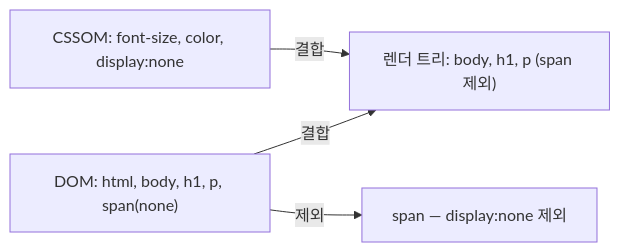
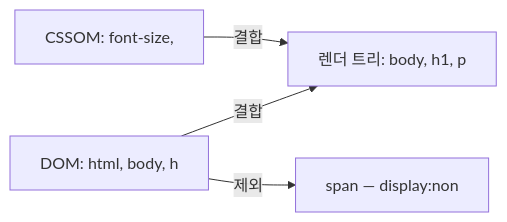
The sixth of 10 diagrams in _posts/frontend/2026-05-02-browser-rendering.md (yjkim2015/yjkim2015.github.io), drawn with Mermaid before and after one commit. The commit also changed other lines of this file and 271 other files, not shown here.

First line of the commit message:
Mermaid 라벨 축소: 긴 노드 텍스트 18자 이하로 트림 + \n 제거

````diff
--- a/_posts/frontend/2026-05-02-browser-rendering.md
+++ b/_posts/frontend/2026-05-02-browser-rendering.md
@@ -156,10 +156,10 @@
 ```mermaid
 flowchart LR
-    DOM["DOM: html, body, h1, p, span(none)"]
-    CSSOM["CSSOM: font-size, color, display:none"]
-    RT["렌더 트리: body, h1, p (span 제외)"]
+    DOM["DOM: html, body, h"]
+    CSSOM["CSSOM: font-size,"]
+    RT["렌더 트리: body, h1, p"]
     DOM -->|"결합"| RT
     CSSOM -->|"결합"| RT
-    EXCL["span — display:none 제외"]
+    EXCL["span — display:non"]
     DOM -->|"제외"| EXCL
 ```
````
